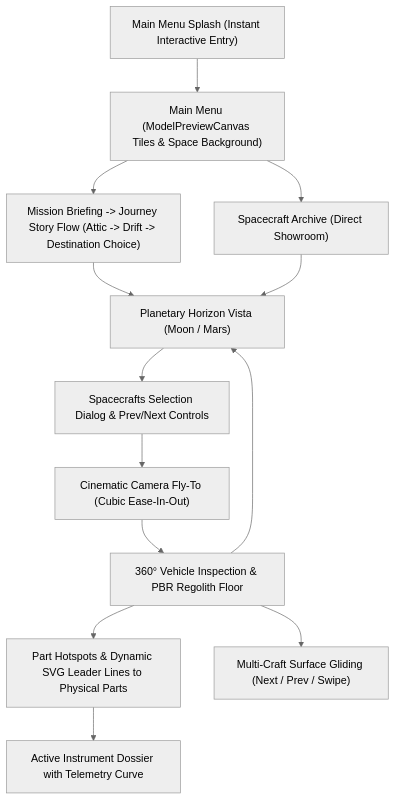
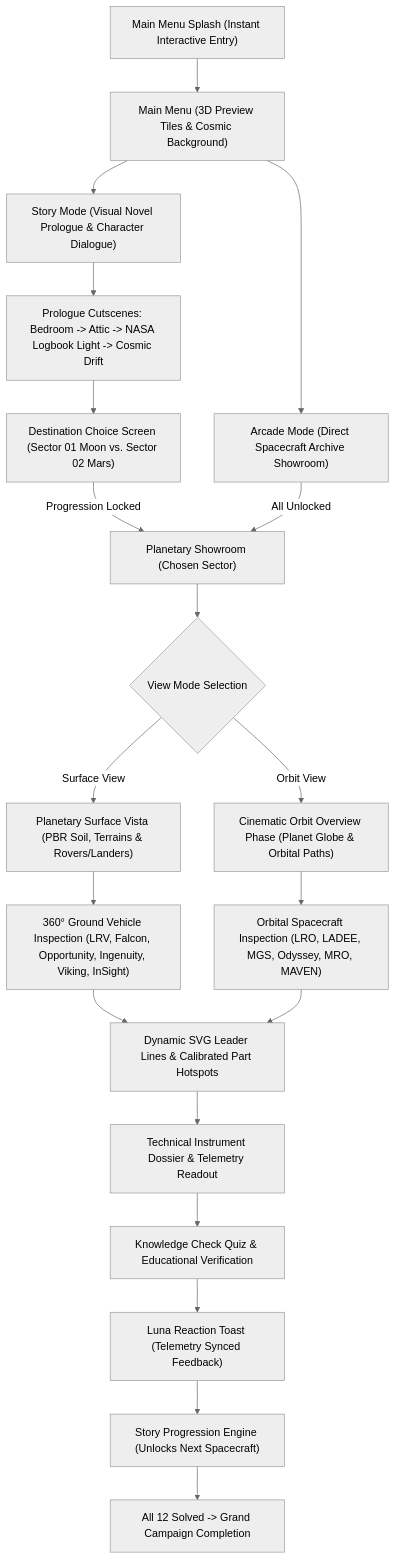
One commit to MoamenHandak/AbandonedButNotForgoten-Beta changed the diagram in PROJECT_DOCUMENTATION.md. Above: the diagram before and after it, drawn with Mermaid (neutral theme). The commit also changed other lines of this file and 30 other files, not shown here.

Commit message:
feat: complete visual-novel progression, HUD monochrome styling, The End sequence, and Beyond The Dust credits

````diff
--- a/PROJECT_DOCUMENTATION.md
+++ b/PROJECT_DOCUMENTATION.md
@@ -24,15 +27,26 @@
 ```mermaid
 flowchart TD
-    A["Main Menu Splash (Instant Interactive Entry)"] --> B["Main Menu (ModelPreviewCanvas Tiles & Space Background)"]
-    B --> C["Mission Briefing -> Journey Story Flow (Attic -> Drift -> Destination Choice)"]
-    B --> D["Spacecraft Archive (Direct Showroom)"]
-    C --> E["Planetary Horizon Vista (Moon / Mars)"]
-    D --> E
-    E --> F["Spacecrafts Selection Dialog & Prev/Next Controls"]
-    F --> G["Cinematic Camera Fly-To (Cubic Ease-In-Out)"]
-    G --> H["360° Vehicle Inspection & PBR Regolith Floor"]
-    H --> I["Part Hotspots & Dynamic SVG Leader Lines to Physical Parts"]
-    I --> J["Active Instrument Dossier with Telemetry Curve"]
-    H --> K["Multi-Craft Surface Gliding (Next / Prev / Swipe)"]
-    H --> E
+    A["Main Menu Splash (Instant Interactive Entry)"] --> B["Main Menu (3D Preview Tiles & Cosmic Background)"]
+    B --> C["Story Mode (Visual Novel Prologue & Character Dialogue)"]
+    B --> D["Arcade Mode (Direct Spacecraft Archive Showroom)"]
+    
+    C --> E["Prologue Cutscenes: Bedroom -> Attic -> NASA Logbook Light -> Cosmic Drift"]
+    E --> F["Destination Choice Screen (Sector 01 Moon vs. Sector 02 Mars)"]
+    F -->|Progression Locked| G["Planetary Showroom (Chosen Sector)"]
+    D -->|All Unlocked| G
+    
+    G --> H{"View Mode Selection"}
+    H -->|Surface View| I["Planetary Surface Vista (PBR Soil, Terrains & Rovers/Landers)"]
+    H -->|Orbit View| J["Cinematic Orbit Overview Phase (Planet Globe & Orbital Paths)"]
+    
+    I --> K["360° Ground Vehicle Inspection (LRV, Falcon, Opportunity, Ingenuity, Viking, InSight)"]
+    J --> L["Orbital Spacecraft Inspection (LRO, LADEE, MGS, Odyssey, MRO, MAVEN)"]
+    
+    K --> M["Dynamic SVG Leader Lines & Calibrated Part Hotspots"]
+    L --> M
+    M --> N["Technical Instrument Dossier & Telemetry Readout"]
+    N --> O["Knowledge Check Quiz & Educational Verification"]
+    O --> P["Luna Reaction Toast (Telemetry Synced Feedback)"]
+    P --> Q["Story Progression Engine (Unlocks Next Spacecraft)"]
+    Q --> R["All 12 Solved -> Grand Campaign Completion"]
 ```
````
